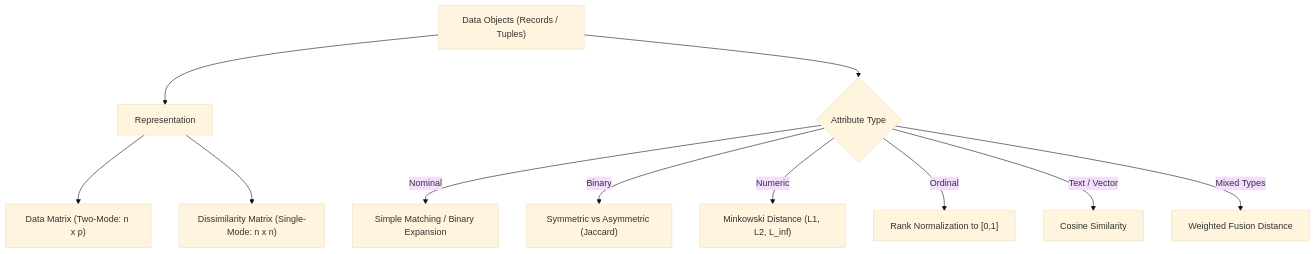
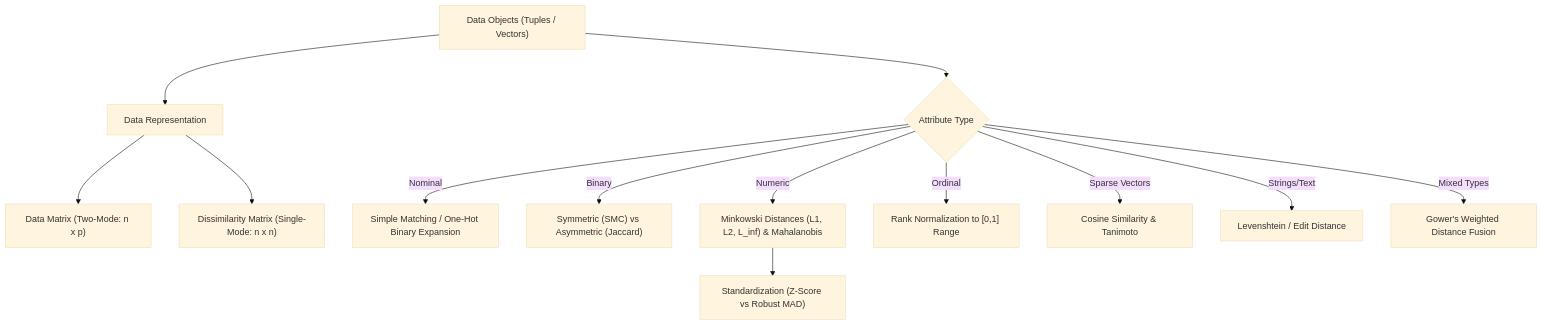
One commit to DeepLumiere/DeepSkills changed the first of 5 diagrams in notes/data_analysis/Chapter6_Similarity_and_Dissimilarity.md. Above: the diagram before and after it, drawn with Mermaid (base theme). The commit also changed other lines of this file and 8 other files, not shown here.

````diff
--- a/notes/data_analysis/Chapter6_Similarity_and_Dissimilarity.md
+++ b/notes/data_analysis/Chapter6_Similarity_and_Dissimilarity.md
@@ -27,13 +16,17 @@
 ```mermaid
 flowchart TD
-    DataObjects["Data Objects (Records / Tuples)"] --> Repr[Representation]
+    DataObjects["Data Objects (Tuples / Vectors)"] --> Repr[Data Representation]
     Repr --> DM["Data Matrix (Two-Mode: n x p)"]
     Repr --> DSM["Dissimilarity Matrix (Single-Mode: n x n)"]
+    
     DataObjects --> AttrType{"Attribute Type"}
-    AttrType -->|Nominal| Nom["Simple Matching / Binary Expansion"]
-    AttrType -->|Binary| Bin["Symmetric vs Asymmetric (Jaccard)"]
-    AttrType -->|Numeric| Num["Minkowski Distance (L1, L2, L_inf)"]
-    AttrType -->|Ordinal| Ord["Rank Normalization to [0,1]"]
-    AttrType -->|Text / Vector| Cos["Cosine Similarity"]
-    AttrType -->|Mixed Types| Mixed["Weighted Fusion Distance"]
+    AttrType -->|Nominal| Nom["Simple Matching / One-Hot Binary Expansion"]
+    AttrType -->|Binary| Bin["Symmetric (SMC) vs Asymmetric (Jaccard)"]
+    AttrType -->|Numeric| Num["Minkowski Distances (L1, L2, L_inf) & Mahalanobis"]
+    AttrType -->|Ordinal| Ord["Rank Normalization to [0,1] Range"]
+    AttrType -->|Sparse Vectors| Cos["Cosine Similarity & Tanimoto"]
+    AttrType -->|Strings/Text| Edit["Levenshtein / Edit Distance"]
+    AttrType -->|Mixed Types| Mixed["Gower's Weighted Distance Fusion"]
+
+    Num --> Standard["Standardization (Z-Score vs Robust MAD)"]
 ```
````
